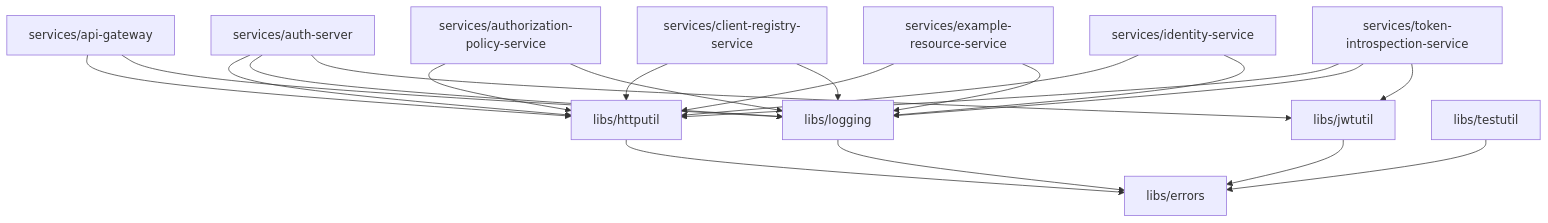
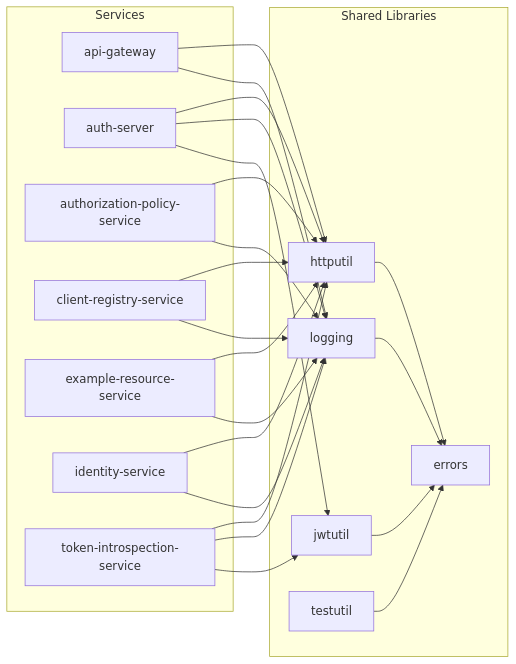
The second of 2 diagrams in README.md (jedi-knights/identity-platform-go), drawn with Mermaid before and after one commit. The commit also changed other lines of this file, not shown here.

Commit message:
docs(readme): improve dependency graph layout with LR subgraphs

````diff
--- a/README.md
+++ b/README.md
@@ -627,38 +627,42 @@
 ```mermaid
-graph TD
-    errors["libs/errors"]
-    httputil["libs/httputil"]
-    jwtutil["libs/jwtutil"]
-    logging["libs/logging"]
-    testutil["libs/testutil"]
+graph LR
+    subgraph svc["Services"]
+        gateway["api-gateway"]
+        auth["auth-server"]
+        authz["authorization-policy-service"]
+        clients["client-registry-service"]
+        example["example-resource-service"]
+        identity["identity-service"]
+        introspect["token-introspection-service"]
+    end
 
-    gateway["services/api-gateway"]
-    auth["services/auth-server"]
-    authz["services/authorization-policy-service"]
-    clients["services/client-registry-service"]
-    example["services/example-resource-service"]
-    identity["services/identity-service"]
-    introspect["services/token-introspection-service"]
+    subgraph lib["Shared Libraries"]
+        httputil["httputil"]
+        jwtutil["jwtutil"]
+        logging["logging"]
+        testutil["testutil"]
+        errors["errors"]
+    end
 
     httputil --> errors
     jwtutil --> errors
     logging --> errors
     testutil --> errors
 
     gateway --> httputil
     gateway --> logging
     auth --> httputil
     auth --> logging
     auth --> jwtutil
     authz --> httputil
     authz --> logging
     clients --> httputil
     clients --> logging
     example --> httputil
     example --> logging
     identity --> httputil
     identity --> logging
     introspect --> httputil
     introspect --> logging
     introspect --> jwtutil
 ```
````
